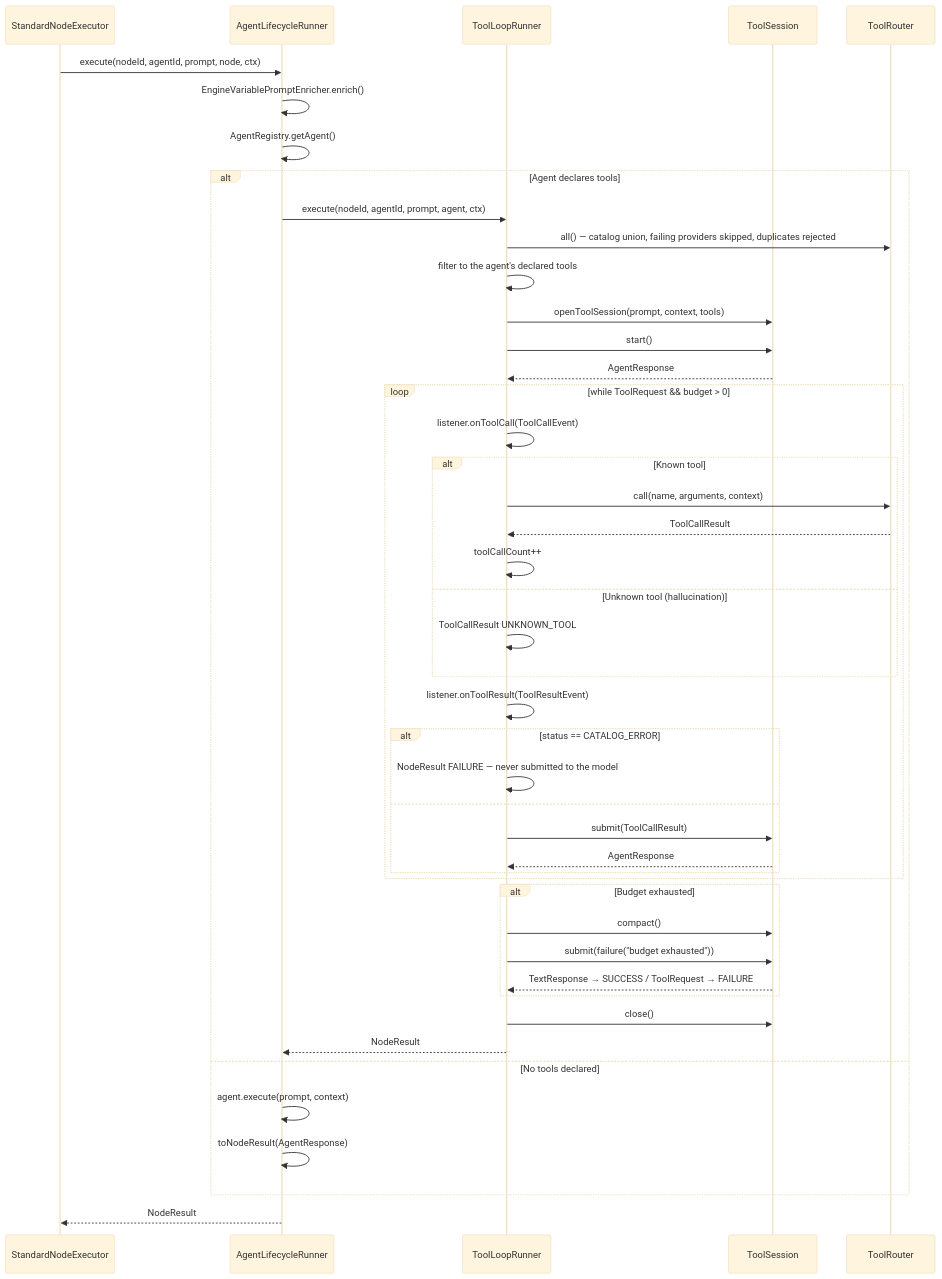
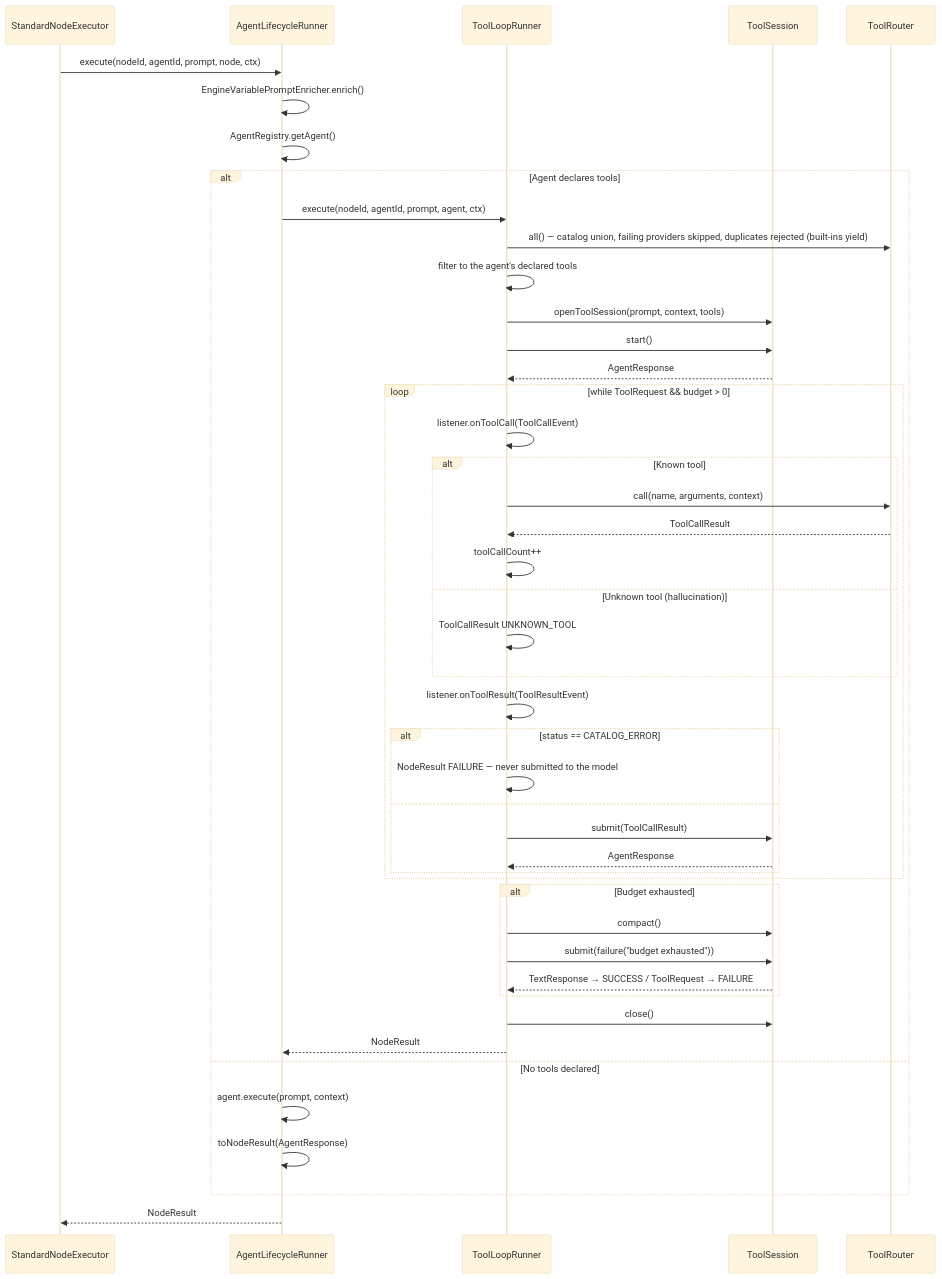
One commit to hensu-project/hensu changed the third of 3 diagrams in docs/developer-guide-core.md. Above: the diagram before and after it, drawn with Mermaid (base theme). The commit also changed other lines of this file and 55 other files, not shown here.

````diff
--- a/docs/developer-guide-core.md
+++ b/docs/developer-guide-core.md
@@ -1006,54 +1006,54 @@
 ```mermaid
 sequenceDiagram
     participant SNE as StandardNodeExecutor
     participant ALR as AgentLifecycleRunner
     participant TLR as ToolLoopRunner
     participant TS as ToolSession
     participant TR as ToolRouter
 
     SNE->>ALR: execute(nodeId, agentId, prompt, node, ctx)
     ALR->>ALR: EngineVariablePromptEnricher.enrich()
     ALR->>ALR: AgentRegistry.getAgent()
 
     alt Agent declares tools
         ALR->>TLR: execute(nodeId, agentId, prompt, agent, ctx)
-        TLR->>TR: all() — catalog union, failing providers skipped, duplicates rejected
+        TLR->>TR: all() — catalog union, failing providers skipped, duplicates rejected (built-ins yield)
         TLR->>TLR: filter to the agent's declared tools
         TLR->>TS: openToolSession(prompt, context, tools)
         TLR->>TS: start()
         TS-->>TLR: AgentResponse
 
         loop while ToolRequest && budget > 0
             TLR->>TLR: listener.onToolCall(ToolCallEvent)
             alt Known tool
                 TLR->>TR: call(name, arguments, context)
                 TR-->>TLR: ToolCallResult
                 TLR->>TLR: toolCallCount++
             else Unknown tool (hallucination)
                 TLR->>TLR: ToolCallResult UNKNOWN_TOOL
             end
             TLR->>TLR: listener.onToolResult(ToolResultEvent)
             alt status == CATALOG_ERROR
                 TLR->>TLR: NodeResult FAILURE — never submitted to the model
             else
                 TLR->>TS: submit(ToolCallResult)
                 TS-->>TLR: AgentResponse
             end
         end
 
         alt Budget exhausted
             TLR->>TS: compact()
             TLR->>TS: submit(failure("budget exhausted"))
             TS-->>TLR: TextResponse → SUCCESS / ToolRequest → FAILURE
         end
 
         TLR->>TS: close()
         TLR-->>ALR: NodeResult
 
     else No tools declared
         ALR->>ALR: agent.execute(prompt, context)
         ALR->>ALR: toNodeResult(AgentResponse)
     end
 
     ALR-->>SNE: NodeResult
 ```
````
